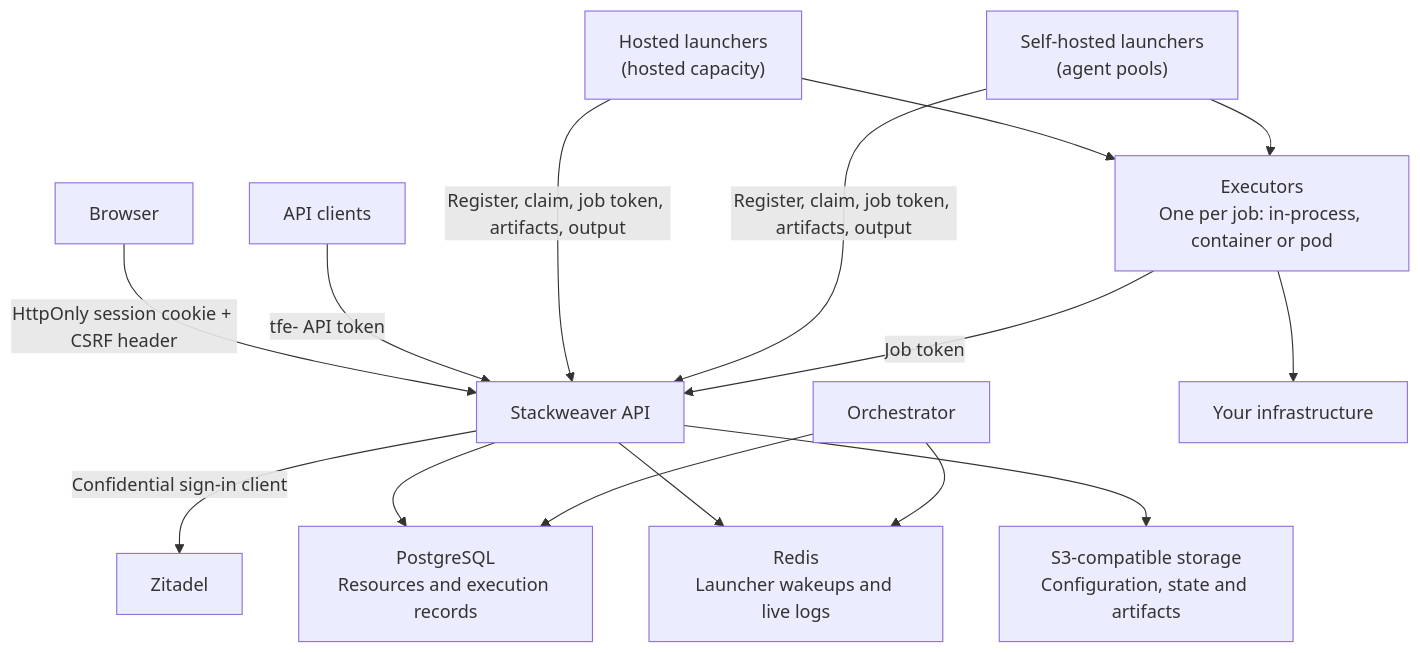
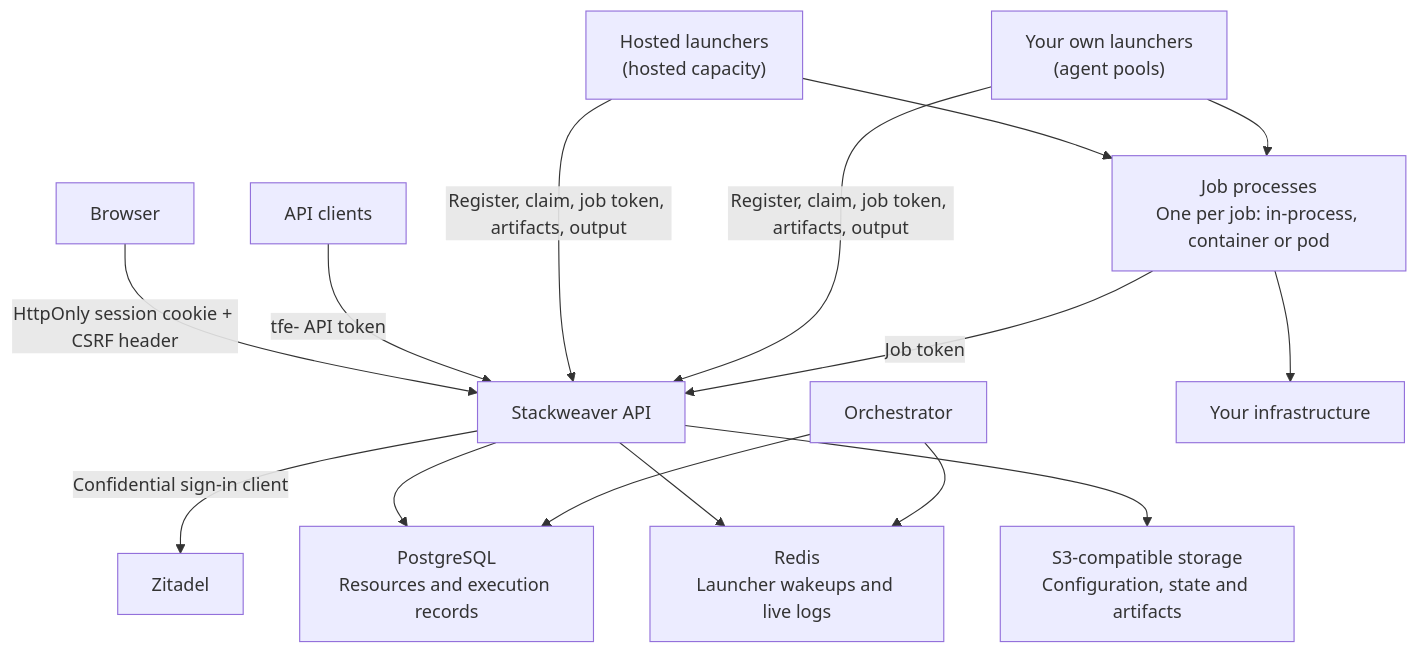
One commit to vhco-pro/stackweaver-frontend changed the first of 2 diagrams in docs/architecture/README.md. Above: the diagram before and after it, drawn with Mermaid. The commit also changed other lines of this file and 100 other files, not shown here.

````diff
--- a/docs/architecture/README.md
+++ b/docs/architecture/README.md
@@ -30,17 +30,17 @@
 ```mermaid
 flowchart TB
     Client["Browser"] -->|"HttpOnly session cookie + CSRF header"| API["Stackweaver API"]
     Automation["API clients"] -->|"tfe- API token"| API
     API -->|"Confidential sign-in client"| Identity["Zitadel"]
     API --> Database["PostgreSQL<br/>Resources and execution records"]
     API --> Redis["Redis<br/>Launcher wakeups and live logs"]
     API --> Storage["S3-compatible storage<br/>Configuration, state and artifacts"]
     Orchestrator["Orchestrator"] --> Database
     Orchestrator --> Redis
     Hosted["Hosted launchers<br/>(hosted capacity)"] -->|"Register, claim, job token, artifacts, output"| API
-    Agent["Self-hosted launchers<br/>(agent pools)"] -->|"Register, claim, job token, artifacts, output"| API
-    Hosted --> Executor["Executors<br/>One per job: in-process, container or pod"]
-    Agent --> Executor
-    Executor -->|"Job token"| API
-    Executor --> Targets["Your infrastructure"]
+    Agent["Your own launchers<br/>(agent pools)"] -->|"Register, claim, job token, artifacts, output"| API
+    Hosted --> Job["Job processes<br/>One per job: in-process, container or pod"]
+    Agent --> Job
+    Job -->|"Job token"| API
+    Job --> Targets["Your infrastructure"]
 ```
````
